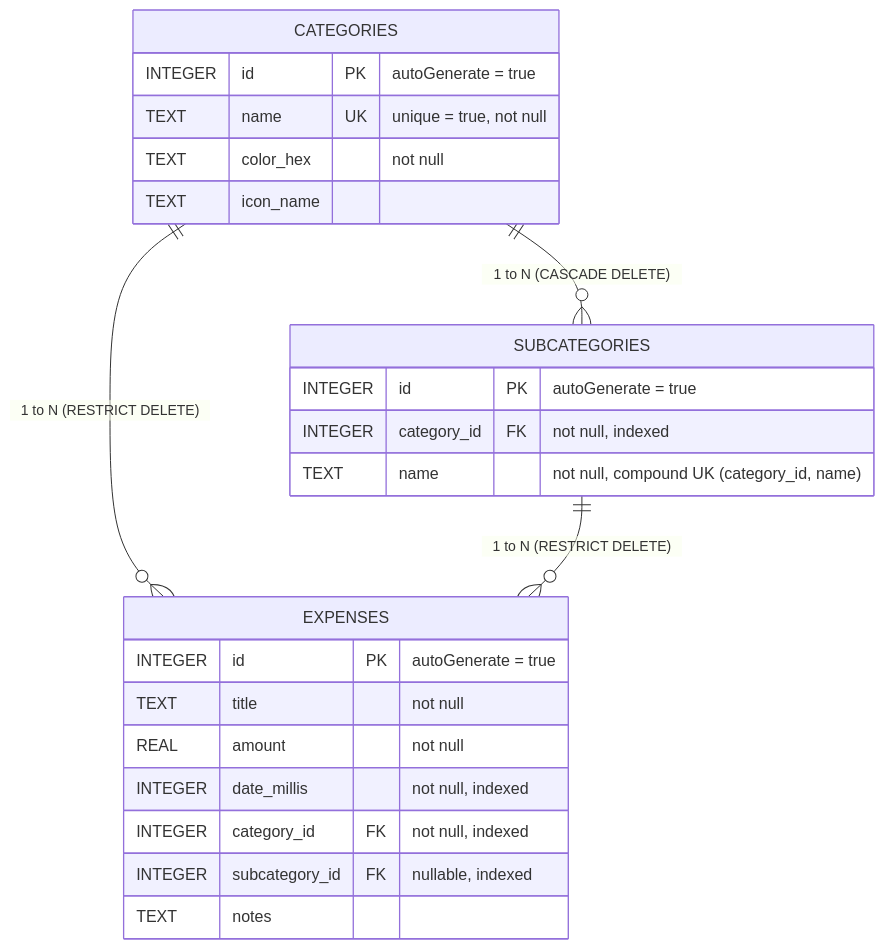
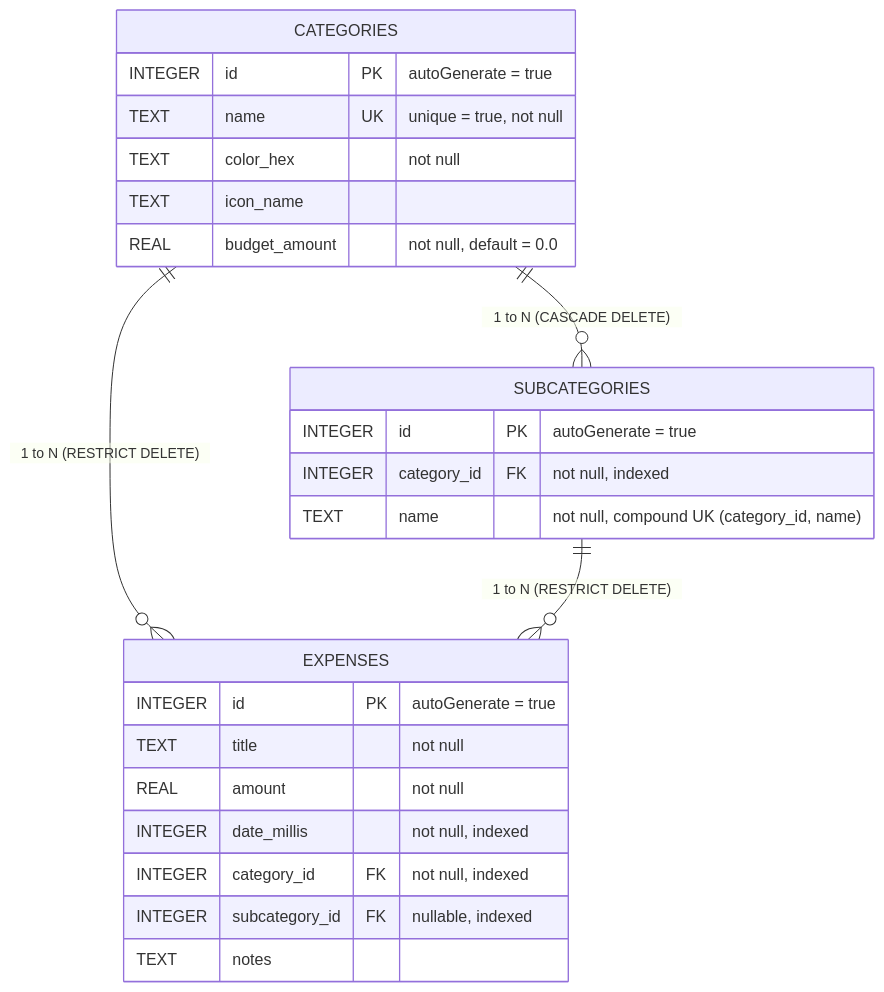
The diagram in TECHNICAL_DOCUMENTATION.md (krishnasankar/MonthlyExpenseTracker), drawn with Mermaid before and after one commit. The commit also changed other lines of this file and 4 other files, not shown here.

````diff
--- a/TECHNICAL_DOCUMENTATION.md
+++ b/TECHNICAL_DOCUMENTATION.md
@@ -56,29 +56,30 @@
 ```mermaid
 erDiagram
     CATEGORIES ||--o{ SUBCATEGORIES : "1 to N (CASCADE DELETE)"
     CATEGORIES ||--o{ EXPENSES : "1 to N (RESTRICT DELETE)"
     SUBCATEGORIES ||--o{ EXPENSES : "1 to N (RESTRICT DELETE)"
 
     CATEGORIES {
         INTEGER id PK "autoGenerate = true"
         TEXT name UK "unique = true, not null"
         TEXT color_hex "not null"
         TEXT icon_name
+        REAL budget_amount "not null, default = 0.0"
     }
 
     SUBCATEGORIES {
         INTEGER id PK "autoGenerate = true"
         INTEGER category_id FK "not null, indexed"
         TEXT name "not null, compound UK (category_id, name)"
     }
 
     EXPENSES {
         INTEGER id PK "autoGenerate = true"
         TEXT title "not null"
         REAL amount "not null"
         INTEGER date_millis "not null, indexed"
         INTEGER category_id FK "not null, indexed"
         INTEGER subcategory_id FK "nullable, indexed"
         TEXT notes
     }
 ```
````
